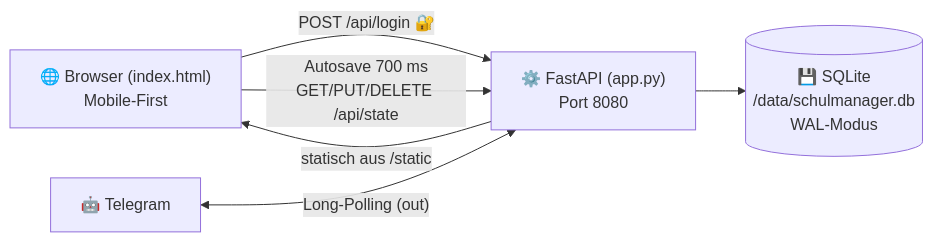
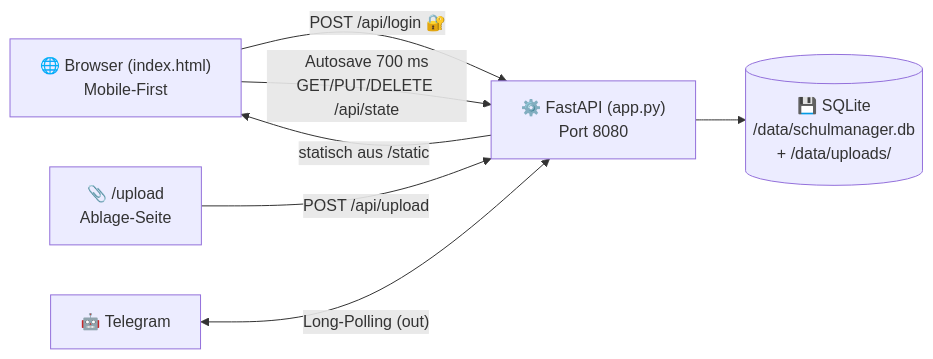
One commit to jbkunama1/trt.Schulmanager changed the diagram in README.md. Above: the diagram before and after it, drawn with Mermaid. The commit also changed other lines of this file and 1 other file, not shown here.

Commit message:
📎 Ablage & Upload: Compose (UPLOAD_CODE) + README-Doku (Setup, Limits, API-Tabelle, Backup)

````diff
--- a/README.md
+++ b/README.md
@@ -92,8 +118,9 @@
 ```mermaid
 graph LR
     B["🌐 Browser (index.html)<br/>Mobile-First"] -->|"POST /api/login 🔐"| A["⚙️ FastAPI (app.py)<br/>Port 8080"]
     B -->|"Autosave 700 ms<br/>GET/PUT/DELETE /api/state"| A
-    A --> S[("💾 SQLite<br/>/data/schulmanager.db<br/>WAL-Modus")]
+    B2["📎 /upload<br/>Ablage-Seite"] -->|"POST /api/upload"| A
+    A --> S[("💾 SQLite<br/>/data/schulmanager.db<br/>+ /data/uploads/")]
     T["🤖 Telegram"] <-->|"Long-Polling (out)"| A
     A -->|"statisch aus /static"| B
 ```
````
